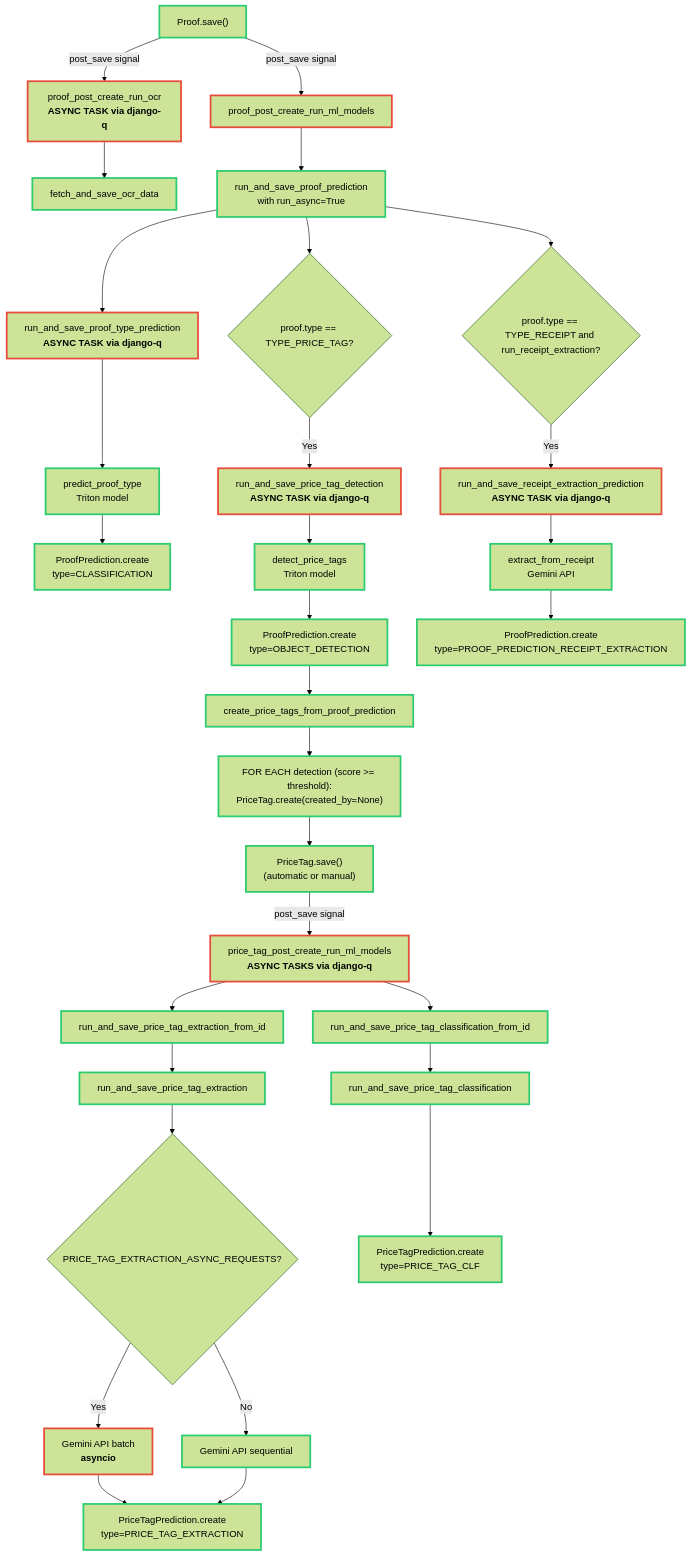
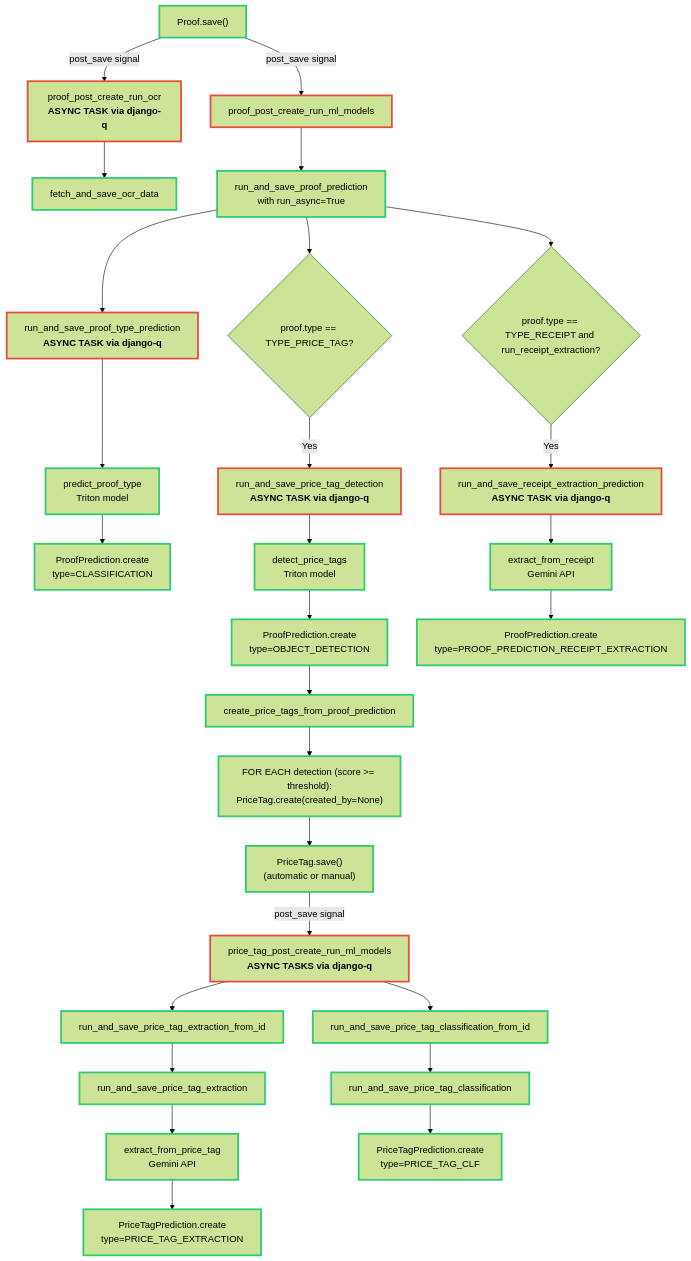
One commit to openfoodfacts/open-prices changed the diagram in docs/topics/ai/proof-prediction-flow.md. Above: the diagram before and after it, drawn with Mermaid (forest theme). The commit also changed other lines of this file and 5 other files, not shown here.

Commit message:
refactor(Price Tags): ML: remove batch extraction & PRICE_TAG_EXTRACTION_ASYNC_REQUESTS setting (not needed anymore) (#1522)

````diff
--- a/docs/topics/ai/proof-prediction-flow.md
+++ b/docs/topics/ai/proof-prediction-flow.md
@@ -7,64 +7,60 @@
 ```mermaid
 graph TD
     A["Proof.save()"] -->|"post_save signal"| B["proof_post_create_run_ocr<br/><b>ASYNC TASK via django-q</b>"]
     A -->|"post_save signal"| C["proof_post_create_run_ml_models"]
 
     B --> B1["fetch_and_save_ocr_data"]
 
     C --> D["run_and_save_proof_prediction<br/>with run_async=True"]
     D --> E["run_and_save_proof_type_prediction<br/><b>ASYNC TASK via django-q</b>"]
     E --> E1["predict_proof_type<br/>Triton model"]
     E1 --> E2["ProofPrediction.create<br/>type=CLASSIFICATION"]
 
     D --> F{"proof.type == TYPE_PRICE_TAG?"}
     F -->|"Yes"| G["run_and_save_price_tag_detection<br/><b>ASYNC TASK via django-q</b>"]
     G --> G1["detect_price_tags<br/>Triton model"]
     G1 --> G2["ProofPrediction.create<br/>type=OBJECT_DETECTION"]
     G2 --> G3["create_price_tags_from_proof_prediction"]
     G3 --> G4["FOR EACH detection (score >= threshold):<br/>PriceTag.create(created_by=None)"]
     G4 --> K
-    H --> H1{PRICE_TAG_EXTRACTION_ASYNC_REQUESTS?}
-    H1 -->|"Yes"| H2["Gemini API batch<br/><b>asyncio</b>"]
-    H1 -->|"No"| H3["Gemini API sequential"]
-    H2 --> H4["PriceTagPrediction.create<br/>type=PRICE_TAG_EXTRACTION"]
-    H3 --> H4
+    H --> H1["extract_from_price_tag<br/>Gemini API"]
+    H1 --> H2["PriceTagPrediction.create<br/>type=PRICE_TAG_EXTRACTION"]
 
     D --> I{"proof.type == TYPE_RECEIPT and run_receipt_extraction?"}
     I -->|"Yes"| J["run_and_save_receipt_extraction_prediction<br/><b>ASYNC TASK via django-q</b>"]
     J --> J1["extract_from_receipt<br/>Gemini API"]
     J1 --> J2["ProofPrediction.create<br/>type=PROOF_PREDICTION_RECEIPT_EXTRACTION"]
 
     K["PriceTag.save()<br/>(automatic or manual)"] -->|"post_save signal"| L["price_tag_post_create_run_ml_models<br/><b>ASYNC TASKS via django-q</b>"]
     L --> L1["run_and_save_price_tag_classification_from_id"]
     L --> L2["run_and_save_price_tag_extraction_from_id"]
     L1 --> G5["run_and_save_price_tag_classification"]
     G5 --> G6["PriceTagPrediction.create<br/>type=PRICE_TAG_CLF"]
     L2 --> H["run_and_save_price_tag_extraction"]
 
     style A stroke:#2ecc71,stroke-width:3px
     style B stroke:#e74c3c,stroke-width:3px
     style B1 stroke:#2ecc71,stroke-width:3px
     style C stroke:#e74c3c,stroke-width:3px
     style D stroke:#2ecc71,stroke-width:3px
     style E stroke:#e74c3c,stroke-width:3px
     style E1 stroke:#2ecc71,stroke-width:3px
     style E2 stroke:#2ecc71,stroke-width:3px
     style G stroke:#e74c3c,stroke-width:3px
     style G1 stroke:#2ecc71,stroke-width:3px
     style G2 stroke:#2ecc71,stroke-width:3px
     style G3 stroke:#2ecc71,stroke-width:3px
     style G4 stroke:#2ecc71,stroke-width:3px
     style G5 stroke:#2ecc71,stroke-width:3px
     style G6 stroke:#2ecc71,stroke-width:3px
     style H stroke:#2ecc71,stroke-width:3px
-    style H2 stroke:#e74c3c,stroke-width:3px
-    style H3 stroke:#2ecc71,stroke-width:3px
-    style H4 stroke:#2ecc71,stroke-width:3px
+    style H1 stroke:#2ecc71,stroke-width:3px
+    style H2 stroke:#2ecc71,stroke-width:3px
     style J stroke:#e74c3c,stroke-width:3px
     style J1 stroke:#2ecc71,stroke-width:3px
     style J2 stroke:#2ecc71,stroke-width:3px
     style K stroke:#2ecc71,stroke-width:3px
     style L stroke:#e74c3c,stroke-width:3px
     style L1 stroke:#2ecc71,stroke-width:3px
     style L2 stroke:#2ecc71,stroke-width:3px
 ```
````
